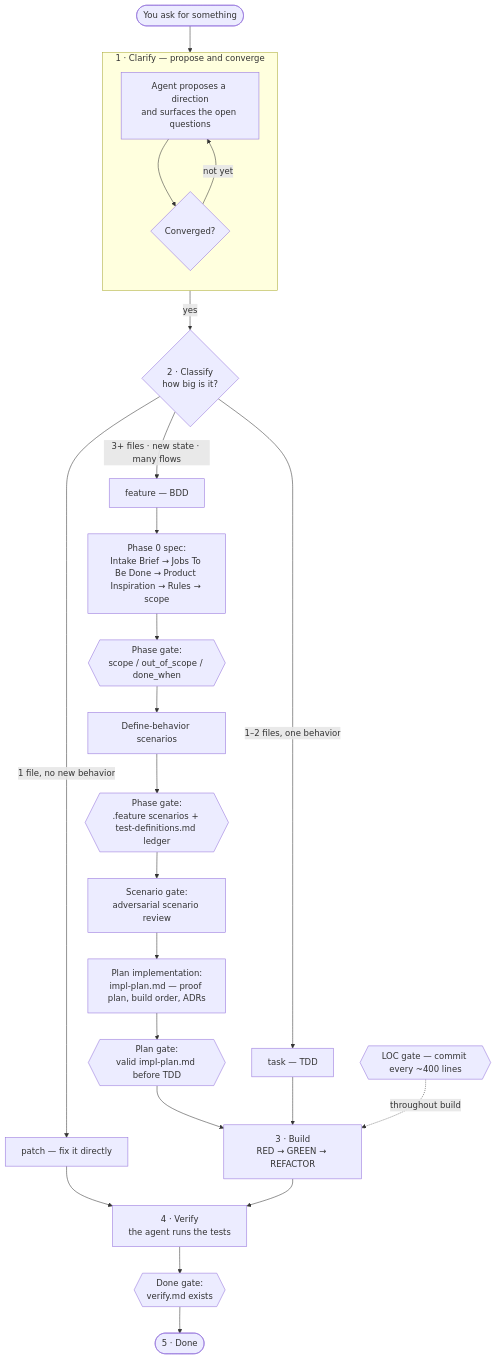
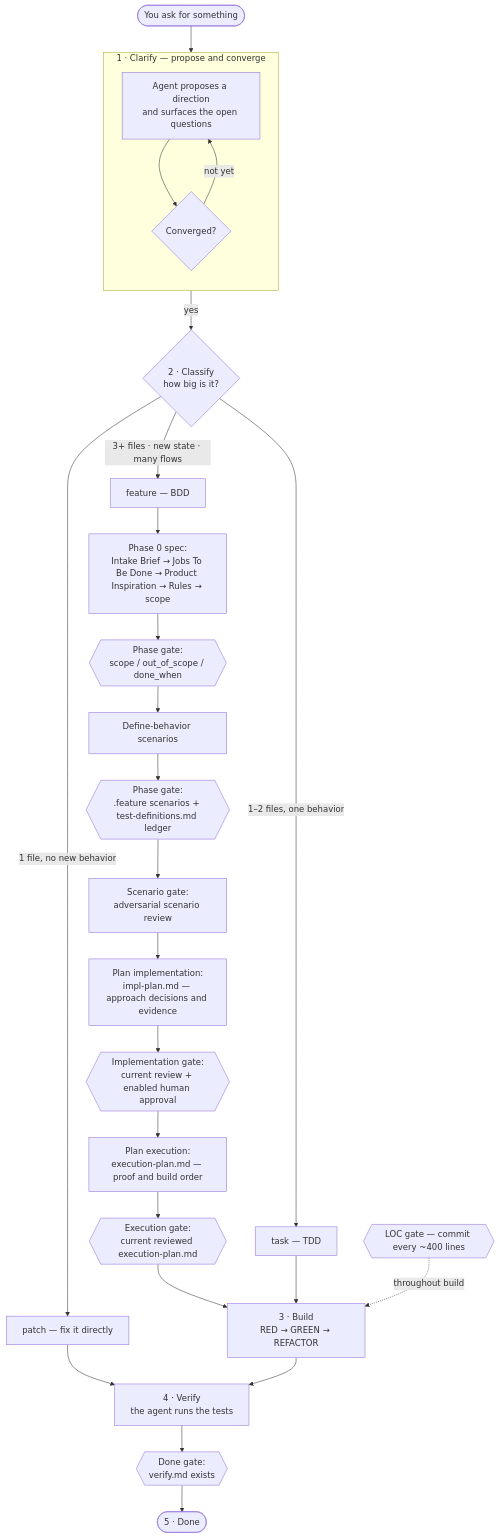
One commit to ArcadeAI/safeword changed the diagram in packages/website/src/content/docs/getting-started/workflow.mdx. Above: the diagram before and after it, drawn with Mermaid. The commit also changed other lines of this file and 4 other files, not shown here.

````diff
--- a/packages/website/src/content/docs/getting-started/workflow.mdx
+++ b/packages/website/src/content/docs/getting-started/workflow.mdx
@@ -10,37 +10,39 @@
 ```mermaid
 flowchart TD
     start([You ask for something])
     start --> propose
 
     subgraph clarify ["1 · Clarify — propose and converge"]
       direction TB
       propose["Agent proposes a direction<br/>and surfaces the open questions"]
       converged{"Converged?"}
       propose --> converged
       converged -->|"not yet"| propose
     end
 
     converged -->|"yes"| classify{"2 · Classify<br/>how big is it?"}
 
     classify -->|"1 file, no new behavior"| patch["patch — fix it directly"]
     classify -->|"1–2 files, one behavior"| task["task — TDD"]
     classify -->|"3+ files · new state · many flows"| feature["feature — BDD"]
 
     feature --> phase0["Phase 0 spec:<br/>Intake Brief → Jobs To Be Done → Product Inspiration → Rules → scope"]
     phase0 --> g1{{"Phase gate:<br/>scope / out_of_scope / done_when"}}
     g1 --> scenarios["Define-behavior scenarios"]
     scenarios --> g2{{"Phase gate:<br/>.feature scenarios + test-definitions.md ledger"}}
     g2 --> sgate["Scenario gate:<br/>adversarial scenario review"]
-    sgate --> plan["Plan implementation:<br/>impl-plan.md — proof plan, build order, ADRs"]
-    plan --> g2b{{"Plan gate:<br/>valid impl-plan.md before TDD"}}
-    g2b --> build
+    sgate --> plan["Plan implementation:<br/>impl-plan.md — approach decisions and evidence"]
+    plan --> g2b{{"Implementation gate:<br/>current review + enabled human approval"}}
+    g2b --> execution["Plan execution:<br/>execution-plan.md — proof and build order"]
+    execution --> executionGate{{"Execution gate:<br/>current reviewed execution-plan.md"}}
+    executionGate --> build
 
     task --> build["3 · Build<br/>RED → GREEN → REFACTOR"]
     patch --> verify
 
     build --> verify["4 · Verify<br/>the agent runs the tests"]
     verify --> g3{{"Done gate:<br/>verify.md exists"}}
     g3 --> done([5 · Done])
 
     loc{{"LOC gate — commit every ~400 lines"}} -.->|throughout build| build
 ```
````
